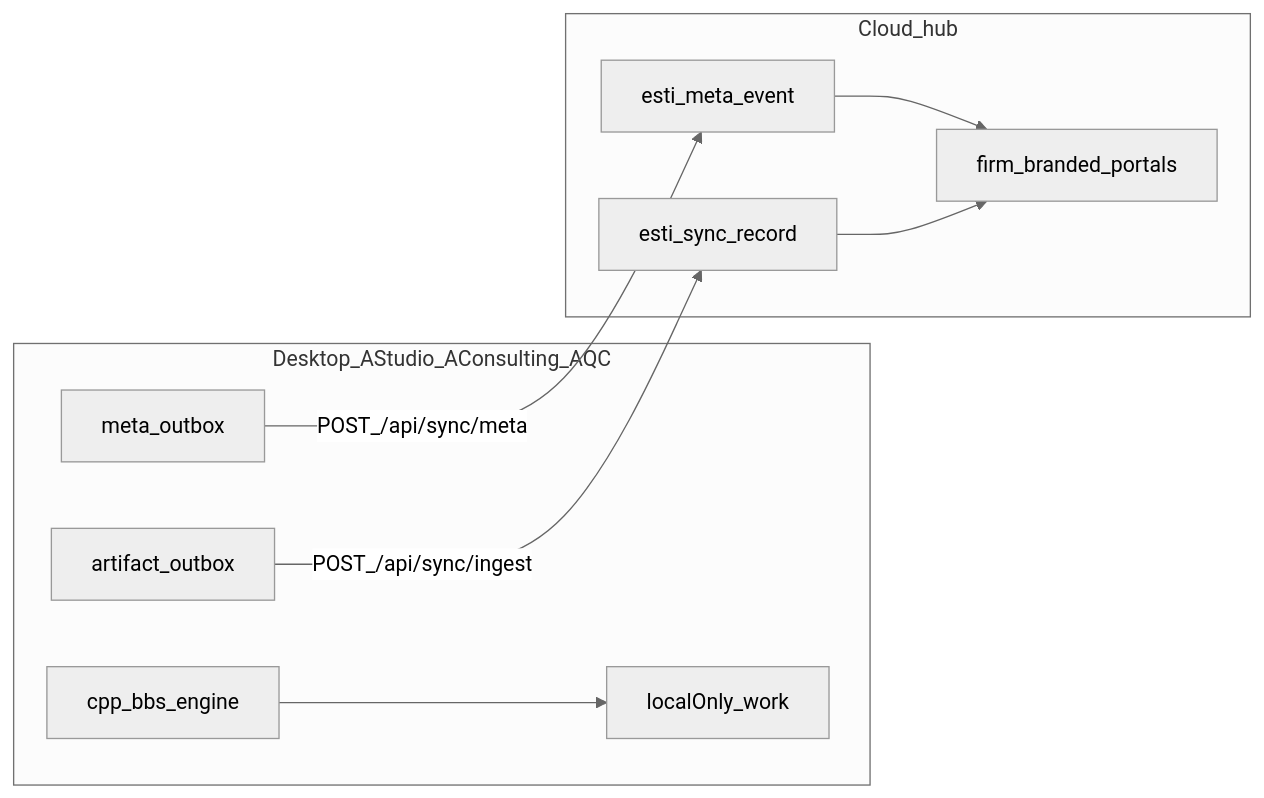
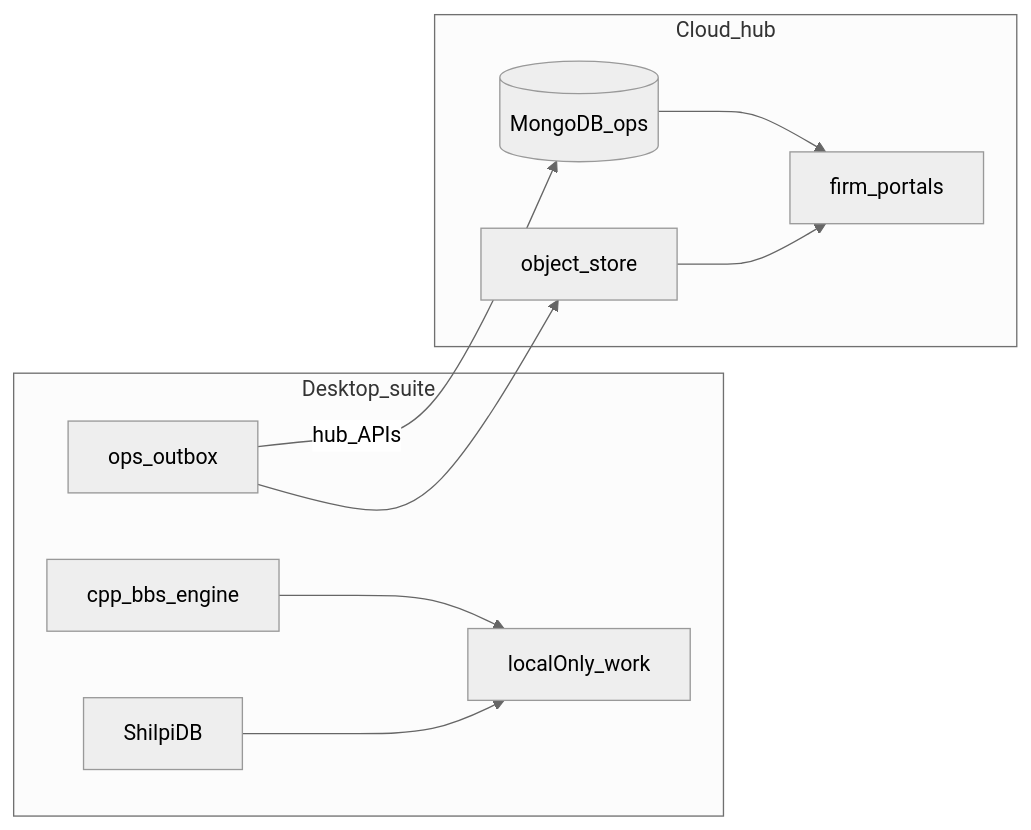
One commit to HolagundiWorks/aorms changed the diagram in docs/esti/LOCAL-FIRST.md. Above: the diagram before and after it, drawn with Mermaid (neutral theme). The commit also changed other lines of this file and 23 other files, not shown here.

First line of the commit message:
feat: AORMS suite architecture — Mongo ops, Shilpi wire, ops DB manager

````diff
--- a/docs/esti/LOCAL-FIRST.md
+++ b/docs/esti/LOCAL-FIRST.md
@@ -46,19 +41,20 @@
 ```mermaid
 flowchart LR
-  subgraph desktop [Desktop_AStudio_AConsulting_AQC]
+  subgraph desktop [Desktop_suite]
     Work[localOnly_work]
     Engine[cpp_bbs_engine]
-    MetaQ[meta_outbox]
-    ArtQ[artifact_outbox]
+    Shilpi[ShilpiDB]
+    MetaQ[ops_outbox]
   end
   subgraph hub [Cloud_hub]
-    MetaLog[esti_meta_event]
-    ArtStore[esti_sync_record]
-    Portals[firm_branded_portals]
+    Mongo[(MongoDB_ops)]
+    ArtStore[object_store]
+    Portals[firm_portals]
   end
   Engine --> Work
-  MetaQ -->|POST_/api/sync/meta| MetaLog
-  ArtQ -->|POST_/api/sync/ingest| ArtStore
-  MetaLog --> Portals
+  Shilpi --> Work
+  MetaQ -->|hub_APIs| Mongo
+  MetaQ --> ArtStore
+  Mongo --> Portals
   ArtStore --> Portals
 ```
````
